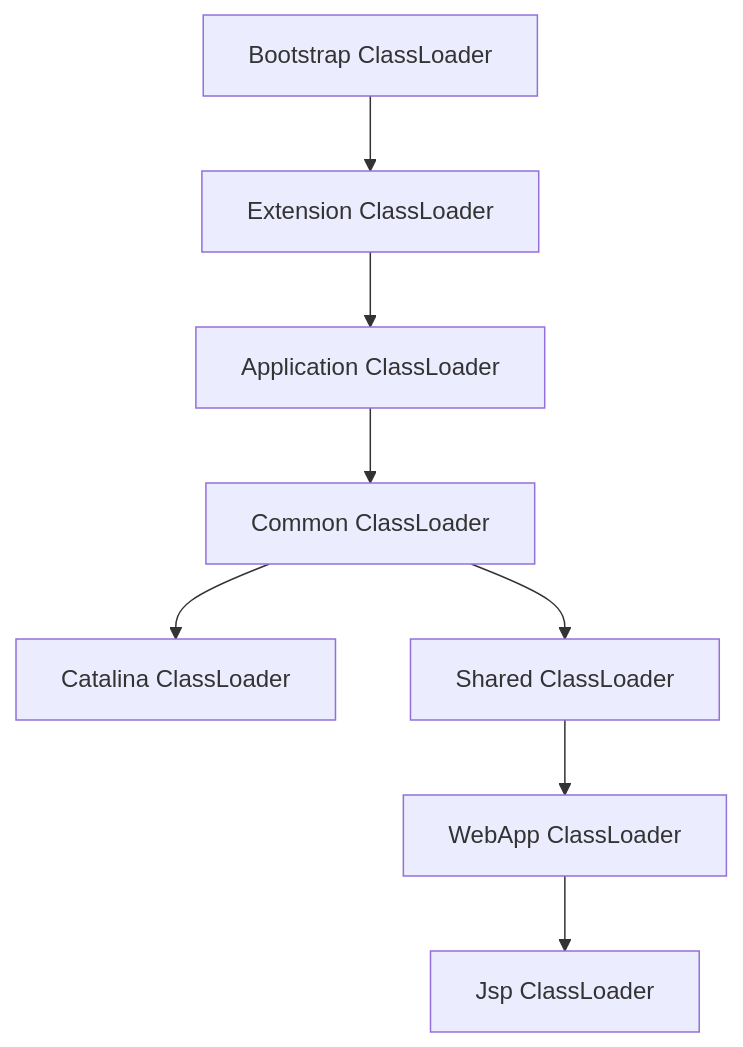
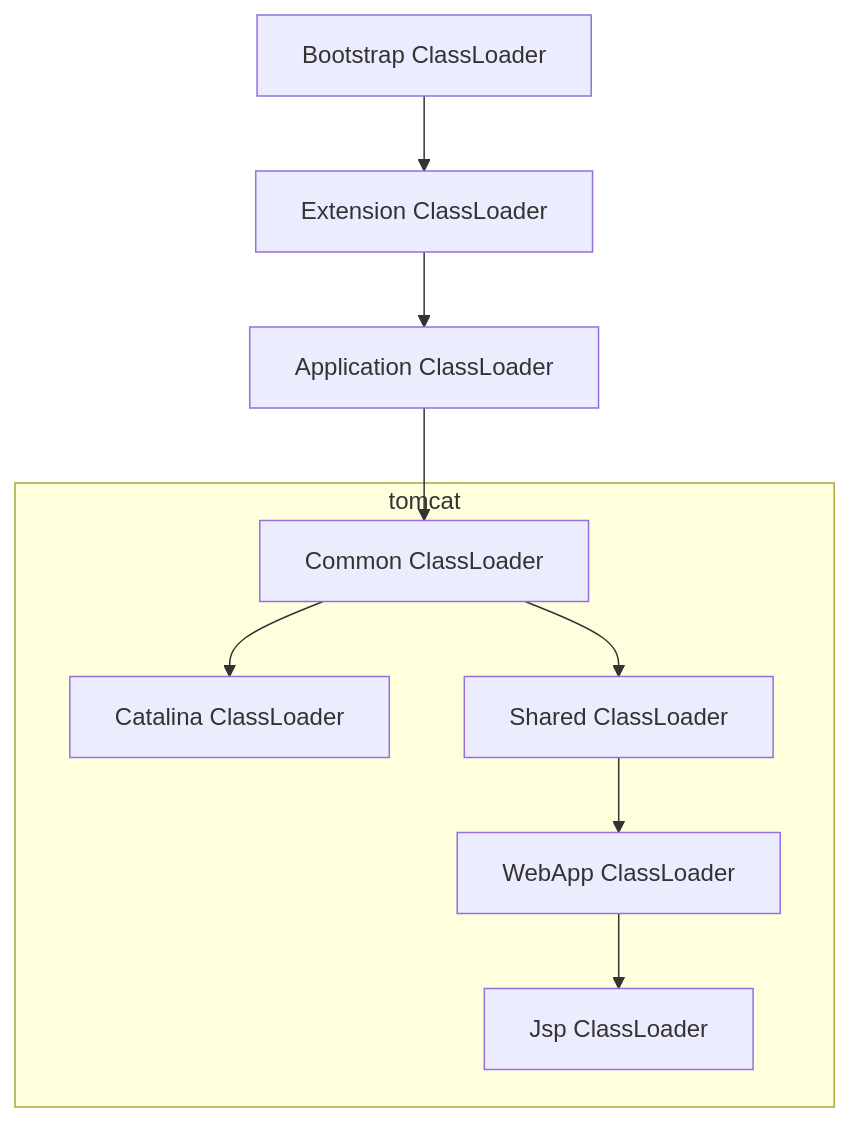
Before and after one commit to chenqwwq/_note: the third of 3 diagrams in java/jvm/JVM的类加载子系统.md, drawn with Mermaid. The commit also changed other lines of this file and 2 other files, not shown here.

````diff
--- a/java/jvm/JVM的类加载子系统.md
+++ b/java/jvm/JVM的类加载子系统.md
@@ -336,10 +342,12 @@
 ```mermaid
 graph TD
 A[Bootstrap ClassLoader] --> B[Extension ClassLoader] 
 B --> C[Application ClassLoader]
 C --> D[Common ClassLoader]
+subgraph tomcat
 D --> E[Catalina ClassLoader]
 D --> F[Shared ClassLoader]
 F --> G[WebApp ClassLoader]
 G --> H[Jsp ClassLoader]
+end
 ```
````
